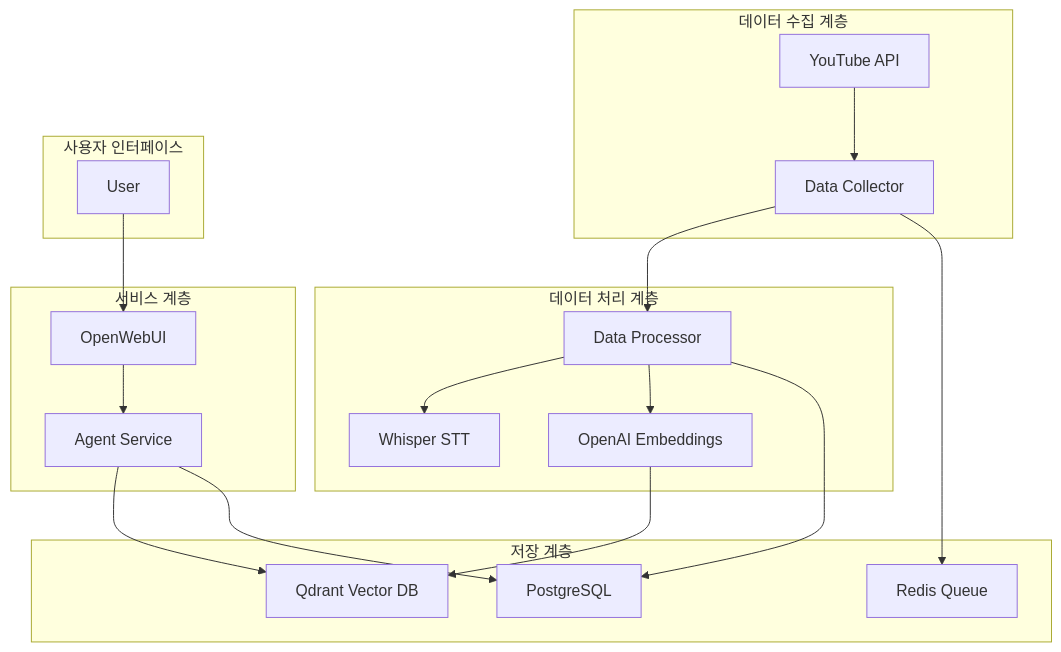
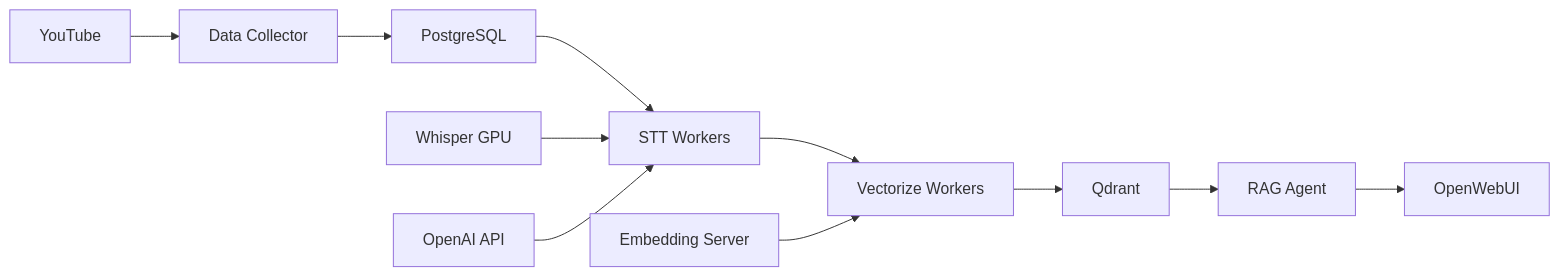
The diagram in README.md (Gwangil/youtube_agent), drawn with Mermaid before and after one commit. The commit also changed other lines of this file and 2 other files, not shown here.

````diff
--- a/README.md
+++ b/README.md
@@ -78,28 +42,14 @@
 ```mermaid
-graph TB
-    subgraph "데이터 수집 계층"
-        YT[YouTube API] --> DC[Data Collector]
-    end
+graph LR
+    A[YouTube] --> B[Data Collector]
+    B --> C[PostgreSQL]
+    C --> D[STT Workers]
+    D --> E[Vectorize Workers]
+    E --> F[Qdrant]
+    F --> G[RAG Agent]
+    G --> H[OpenWebUI]
 
-    subgraph "데이터 처리 계층"
-        DC --> DP[Data Processor]
-        DP --> W[Whisper STT]
-        DP --> E[OpenAI Embeddings]
-    end
-
-    subgraph "저장 계층"
-        E --> Q[Qdrant Vector DB]
-        DP --> PG[PostgreSQL]
-        DC --> R[Redis Queue]
-    end
-
-    subgraph "서비스 계층"
-        AG[Agent Service] --> Q
-        AG --> PG
-        UI[OpenWebUI] --> AG
-    end
-
-    subgraph "사용자 인터페이스"
-        U[User] --> UI
-    end
+    I[Whisper GPU] --> D
+    J[OpenAI API] --> D
+    K[Embedding Server] --> E
 ```
````
